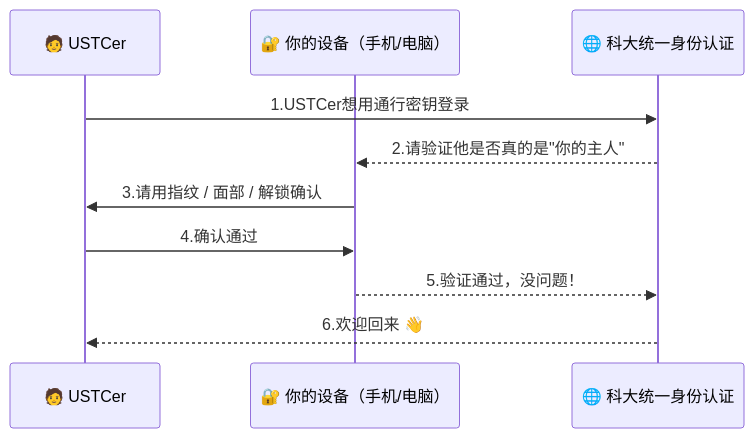
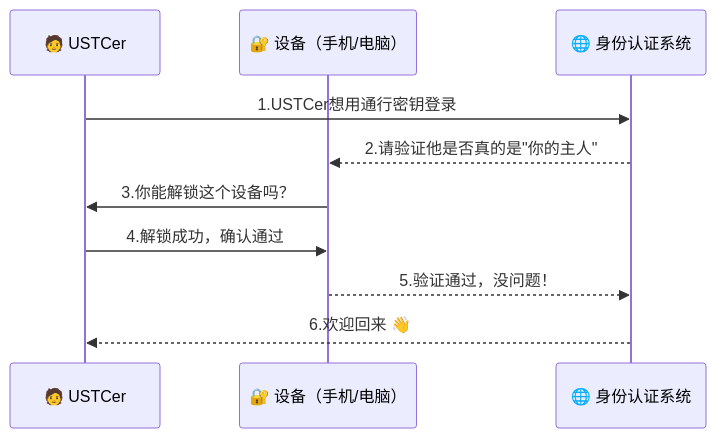
The third of 4 diagrams in docs/passkey.md (wf0229/id_doc), drawn with Mermaid before and after one commit. The commit also changed other lines of this file, not shown here.

````diff
--- a/docs/passkey.md
+++ b/docs/passkey.md
@@ -20,13 +40,13 @@
 ```mermaid
 sequenceDiagram
     participant U as 🧑 USTCer
-    participant D as 🔐 你的设备（手机/电脑）
-    participant P as 🌐 科大统一身份认证
+    participant D as 🔐 设备（手机/电脑）
+    participant P as 🌐 身份认证系统
 
     U->>P: 1.USTCer想用通行密钥登录
     P-->>D: 2.请验证他是否真的是"你的主人"
-    D->>U: 3.请用指纹 / 面部 / 解锁确认
-    U->>D: 4.确认通过
+    D->>U: 3.你能解锁这个设备吗？
+    U->>D: 4.解锁成功，确认通过
     D-->>P: 5.验证通过，没问题！
     P-->>U: 6.欢迎回来 👋
 ```
````
